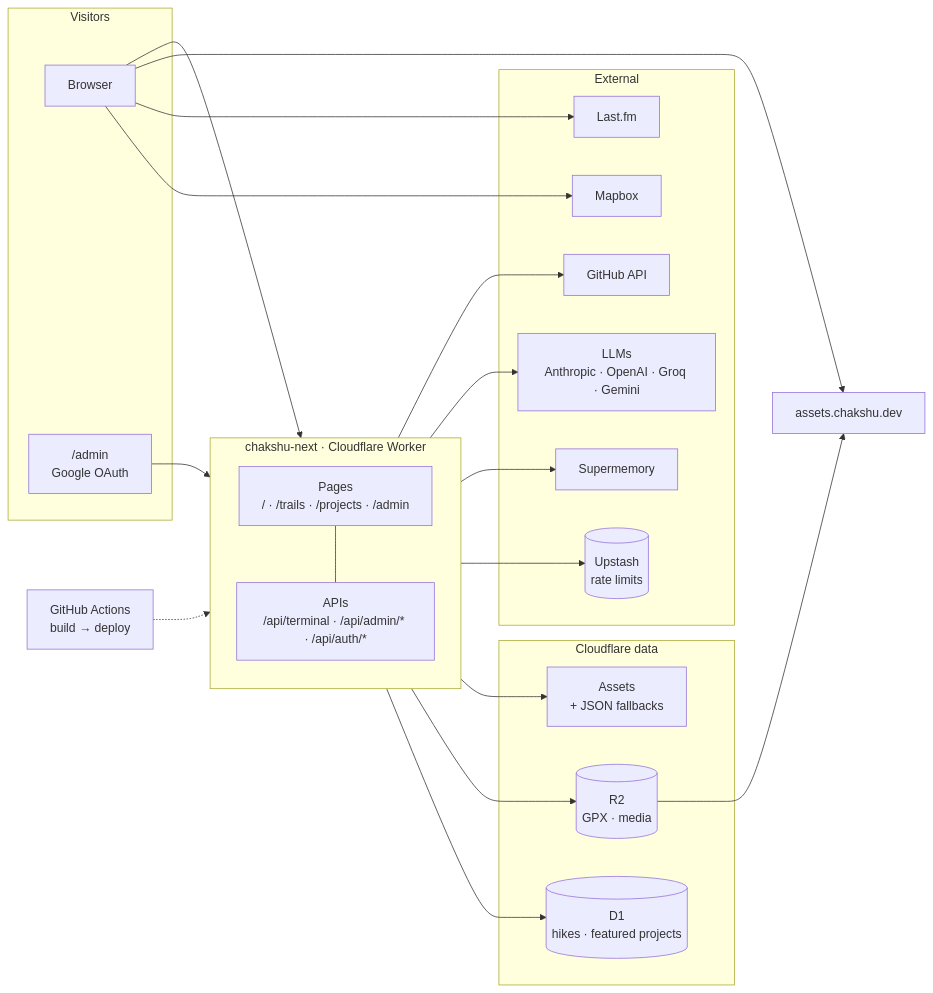
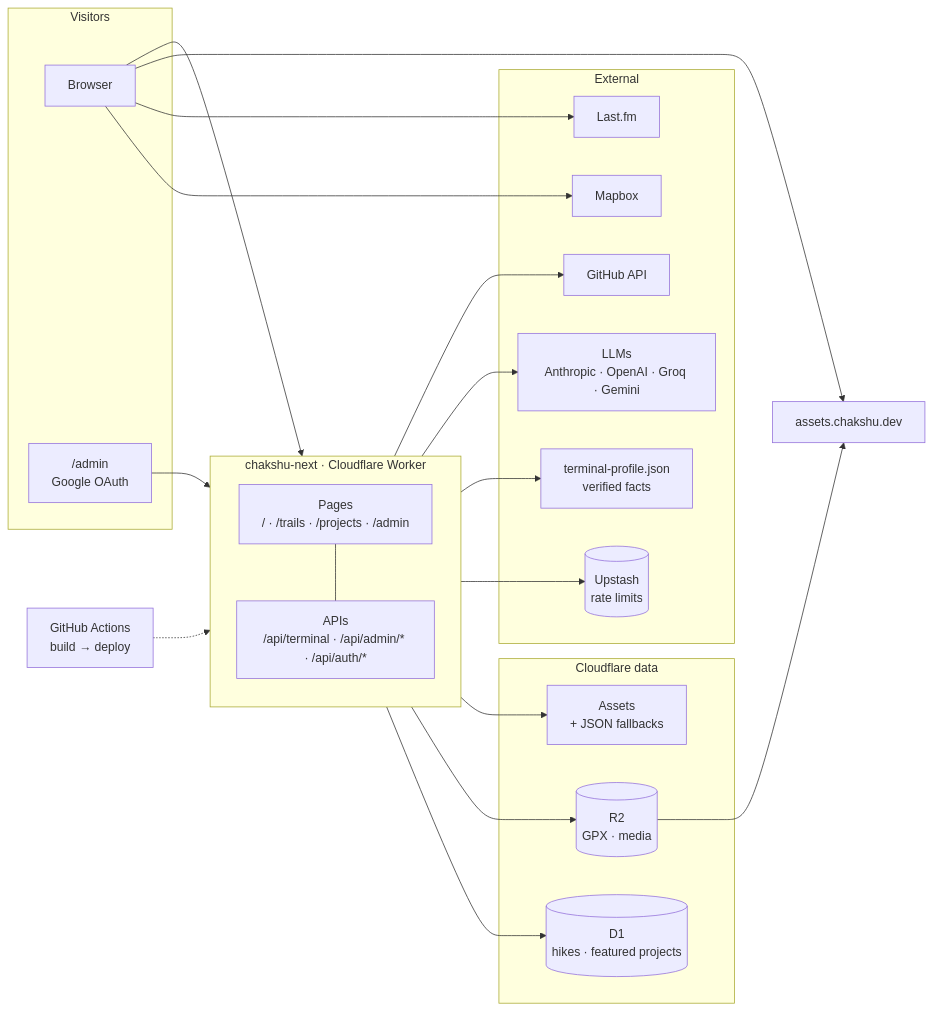
One commit to FornaxChemica/chakshu.dev changed the diagram in README.md. Above: the diagram before and after it, drawn with Mermaid. The commit also changed other lines of this file and 5 other files, not shown here.

First line of the commit message:
feat(terminal): ground replies on verified profile, courses, and hikes

````diff
--- a/README.md
+++ b/README.md
@@ -19,45 +19,45 @@
 ```mermaid
 flowchart LR
   subgraph Edge["Visitors"]
     Web["Browser"]
     Admin["/admin<br/>Google OAuth"]
   end
 
   subgraph App["chakshu-next · Cloudflare Worker"]
     direction TB
     Pages["Pages<br/>/ · /trails · /projects · /admin"]
     APIs["APIs<br/>/api/terminal · /api/admin/* · /api/auth/*"]
     Pages --- APIs
   end
 
   subgraph Store["Cloudflare data"]
     D1[("D1<br/>hikes · featured projects")]
     R2[("R2<br/>GPX · media")]
     Static["Assets<br/>+ JSON fallbacks"]
   end
 
   subgraph Services["External"]
     Upstash[("Upstash<br/>rate limits")]
-    Memory["Supermemory"]
+    Profile["terminal-profile.json<br/>verified facts"]
     LLM["LLMs<br/>Anthropic · OpenAI · Groq · Gemini"]
     GH["GitHub API"]
     Map["Mapbox"]
     FM["Last.fm"]
   end
 
   CI["GitHub Actions<br/>build → deploy"] -.-> App
 
   Web --> Pages
   Admin --> Pages
   APIs --> D1
   APIs --> R2
   APIs --> Static
   APIs --> Upstash
-  APIs --> Memory
+  APIs --> Profile
   APIs --> LLM
   APIs --> GH
   Web --> Map
   Web --> FM
   R2 --> CDN["assets.chakshu.dev"]
   Web --> CDN
 ```
````
